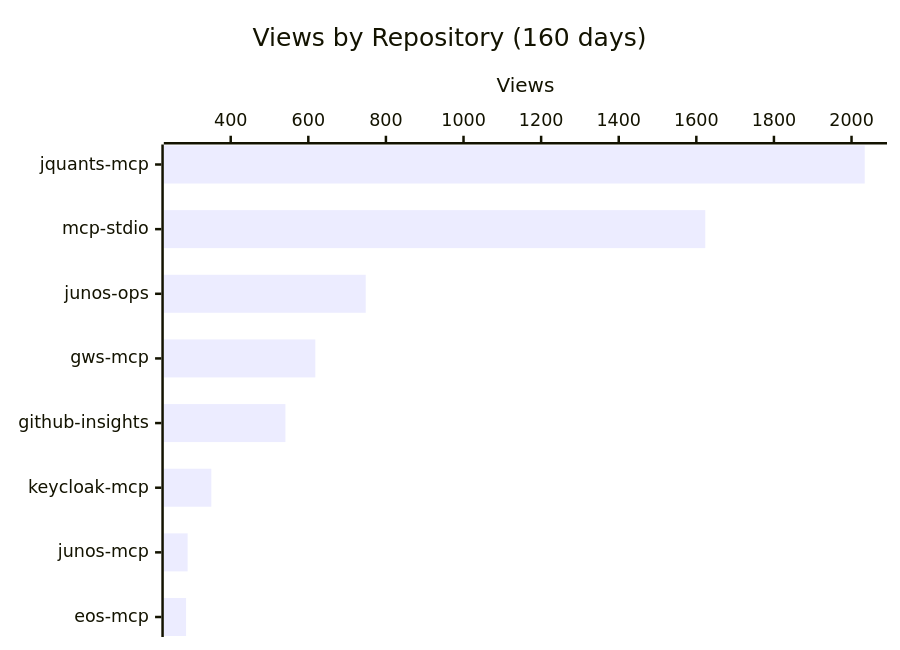
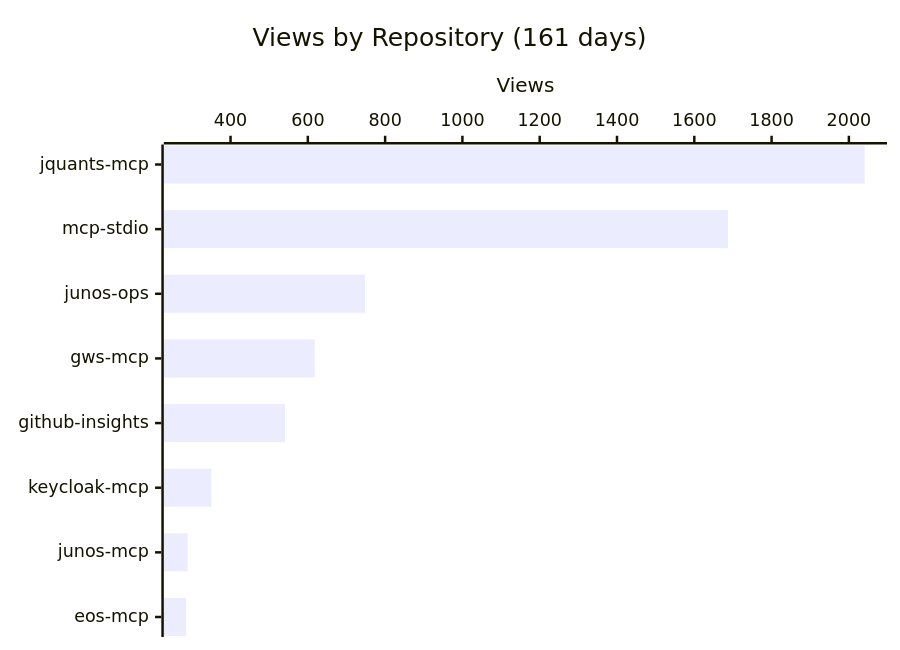
Before and after one commit to shigechika/github-insights: the first of 4 diagrams in README.md, drawn with Mermaid. The commit also changed other lines of this file and 2 other files, not shown here.

````diff
--- a/README.md
+++ b/README.md
@@ -18,7 +18,7 @@
 ```mermaid
 xychart-beta horizontal
-    title "Views by Repository (160 days)"
+    title "Views by Repository (161 days)"
     x-axis ["jquants-mcp", "mcp-stdio", "junos-ops", "gws-mcp", "github-insights", "keycloak-mcp", "junos-mcp", "eos-mcp"]
     y-axis "Views"
-    bar [2034, 1623, 748, 618, 541, 350, 289, 285]
+    bar [2041, 1687, 748, 618, 541, 350, 289, 285]
 ```
````
